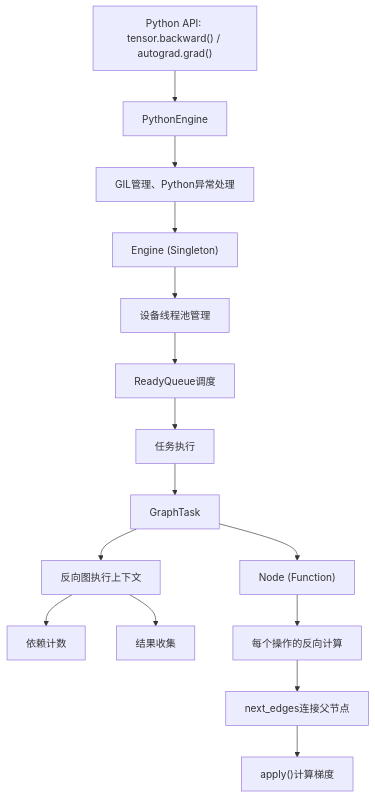
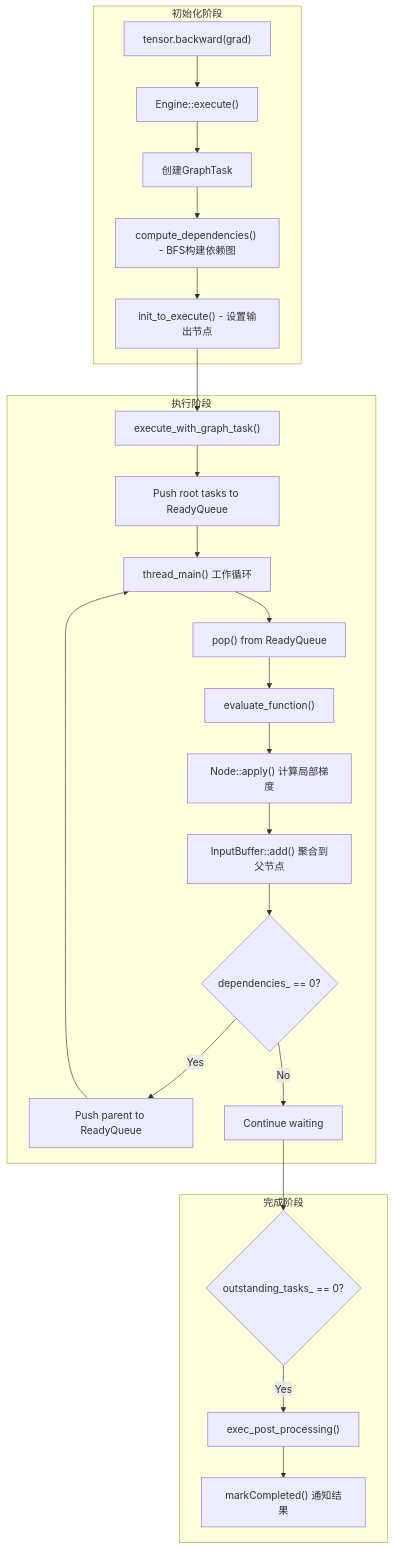
One commit to s0okiym/share changed the first of 11 diagrams in torch/opencode_kimi_autograd_engine.md. Above: the diagram before and after it, drawn with Mermaid. The commit also changed other lines of this file and 9 other files, not shown here.

````diff
--- a/torch/opencode_kimi_autograd_engine.md
+++ b/torch/opencode_kimi_autograd_engine.md
@@ -35,17 +45,29 @@
 ```mermaid
 flowchart TD
-    A["Python API: tensor.backward() / autograd.grad()"] --> B["PythonEngine"]
-    B --> C["GIL管理、Python异常处理"]
-    C --> D["Engine (Singleton)"]
-    D --> E["设备线程池管理"]
-    E --> F["ReadyQueue调度"]
-    F --> G["任务执行"]
-    G --> H["GraphTask"]
-    H --> I["反向图执行上下文"]
-    I --> J["依赖计数"]
-    I --> K["结果收集"]
-    H --> L["Node (Function)"]
-    L --> M["每个操作的反向计算"]
-    M --> N["next_edges连接父节点"]
-    N --> O["apply()计算梯度"]
+    subgraph "初始化阶段"
+        A["tensor.backward(grad)"] --> B["Engine::execute()"]
+        B --> C["创建GraphTask"]
+        C --> D["compute_dependencies() - BFS构建依赖图"]
+        D --> E["init_to_execute() - 设置输出节点"]
+    end
+
+    subgraph "执行阶段"
+        E --> F["execute_with_graph_task()"]
+        F --> G["Push root tasks to ReadyQueue"]
+        G --> H["thread_main() 工作循环"]
+        H --> I["pop() from ReadyQueue"]
+        I --> J["evaluate_function()"]
+        J --> K["Node::apply() 计算局部梯度"]
+        K --> L["InputBuffer::add() 聚合到父节点"]
+        L --> M{"dependencies_ == 0?"}
+        M -->|Yes| N["Push parent to ReadyQueue"]
+        M -->|No| O["Continue waiting"]
+        N --> H
+    end
+
+    subgraph "完成阶段"
+        O --> P{"outstanding_tasks_ == 0?"}
+        P -->|Yes| Q["exec_post_processing()"]
+        Q --> R["markCompleted() 通知结果"]
+    end
 ```
````
